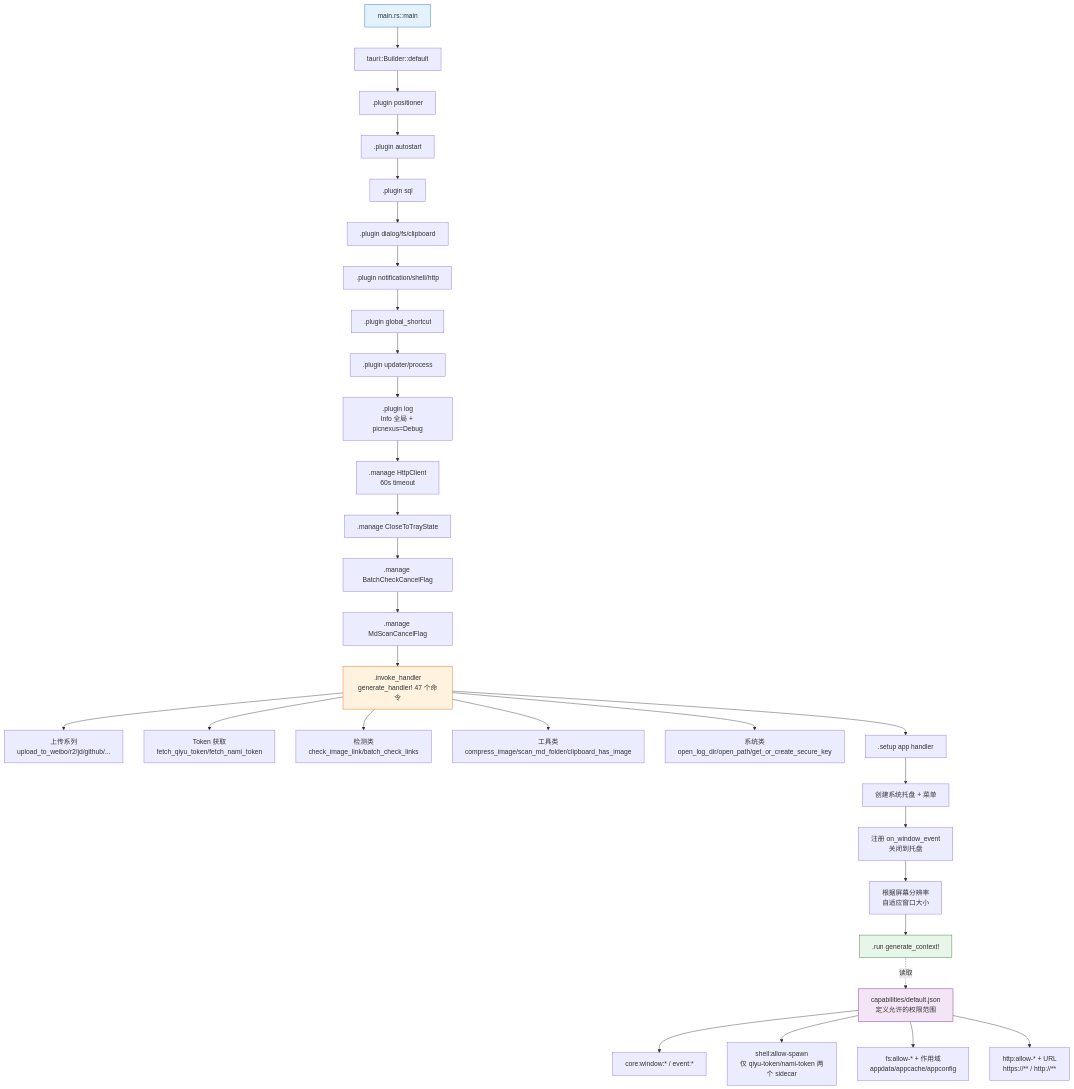
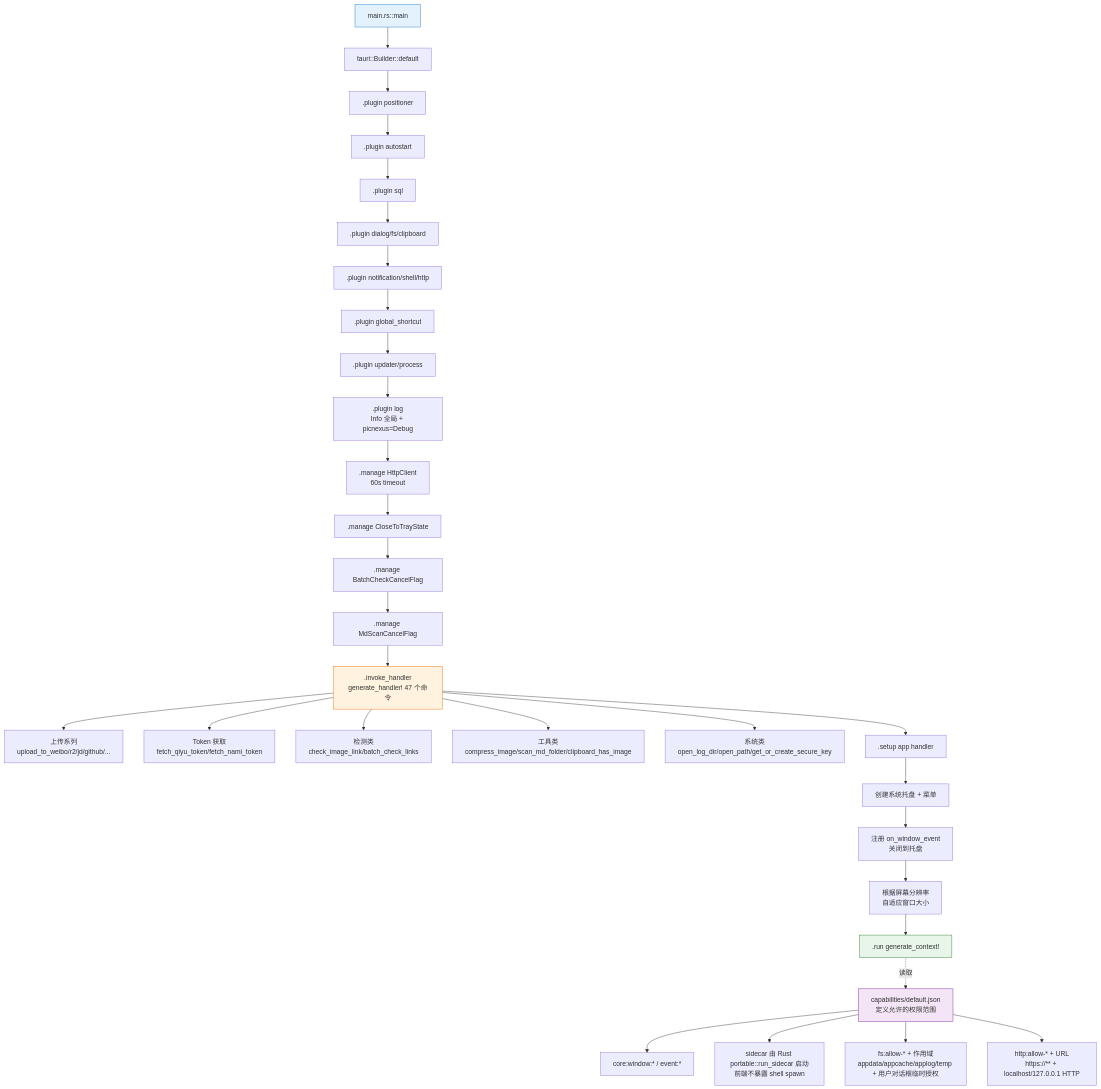
One commit to joeyliu6/PicNexus changed the first of 5 diagrams in docs/flows/ipc-command-flow.md. Above: the diagram before and after it, drawn with Mermaid. The commit also changed other lines of this file and 35 other files, not shown here.

````diff
--- a/docs/flows/ipc-command-flow.md
+++ b/docs/flows/ipc-command-flow.md
@@ -19,47 +19,47 @@
 ```mermaid
 flowchart TD
     A[main.rs::main] --> B[tauri::Builder::default]
 
     %% 插件链
     B --> P1[.plugin positioner]
     P1 --> P2[.plugin autostart]
     P2 --> P3[.plugin sql]
     P3 --> P4[.plugin dialog/fs/clipboard]
     P4 --> P5[.plugin notification/shell/http]
     P5 --> P6[.plugin global_shortcut]
     P6 --> P7[.plugin updater/process]
     P7 --> P8[.plugin log<br/>Info 全局 + picnexus=Debug]
 
     %% 全局状态
     P8 --> M1[.manage HttpClient<br/>60s timeout]
     M1 --> M2[.manage CloseToTrayState]
     M2 --> M3[.manage BatchCheckCancelFlag]
     M3 --> M4[.manage MdScanCancelFlag]
 
     %% 命令注册
     M4 --> H[.invoke_handler<br/>generate_handler! 47 个命令]
     H --> H1[上传系列<br/>upload_to_weibo/r2/jd/github/...]
     H --> H2[Token 获取<br/>fetch_qiyu_token/fetch_nami_token]
     H --> H3[检测类<br/>check_image_link/batch_check_links]
     H --> H4[工具类<br/>compress_image/scan_md_folder/clipboard_has_image]
     H --> H5[系统类<br/>open_log_dir/open_path/get_or_create_secure_key]
 
     %% Setup 回调
     H --> S[.setup app handler]
     S --> S1[创建系统托盘 + 菜单]
     S1 --> S2[注册 on_window_event<br/>关闭到托盘]
     S2 --> S3[根据屏幕分辨率<br/>自适应窗口大小]
     S3 --> R[.run generate_context!]
 
     %% 权限校验
     R -.读取.-> CAP[capabilities/default.json<br/>定义允许的权限范围]
     CAP --> CAP1[core:window:* / event:*]
-    CAP --> CAP2[shell:allow-spawn<br/>仅 qiyu-token/nami-token 两个 sidecar]
-    CAP --> CAP3[fs:allow-* + 作用域<br/>appdata/appcache/appconfig]
-    CAP --> CAP4[http:allow-* + URL<br/>https://** / http://**]
+    CAP --> CAP2[sidecar 由 Rust portable::run_sidecar 启动<br/>前端不暴露 shell spawn]
+    CAP --> CAP3[fs:allow-* + 作用域<br/>appdata/appcache/applog/temp + 用户对话框临时授权]
+    CAP --> CAP4[http:allow-* + URL<br/>https://** + localhost/127.0.0.1 HTTP]
 
     style A fill:#e3f2fd,stroke:#1976d2
     style H fill:#fff3e0,stroke:#ef6c00
     style R fill:#e8f5e9,stroke:#2e7d32
     style CAP fill:#f3e5f5,stroke:#7b1fa2
 ```
````
